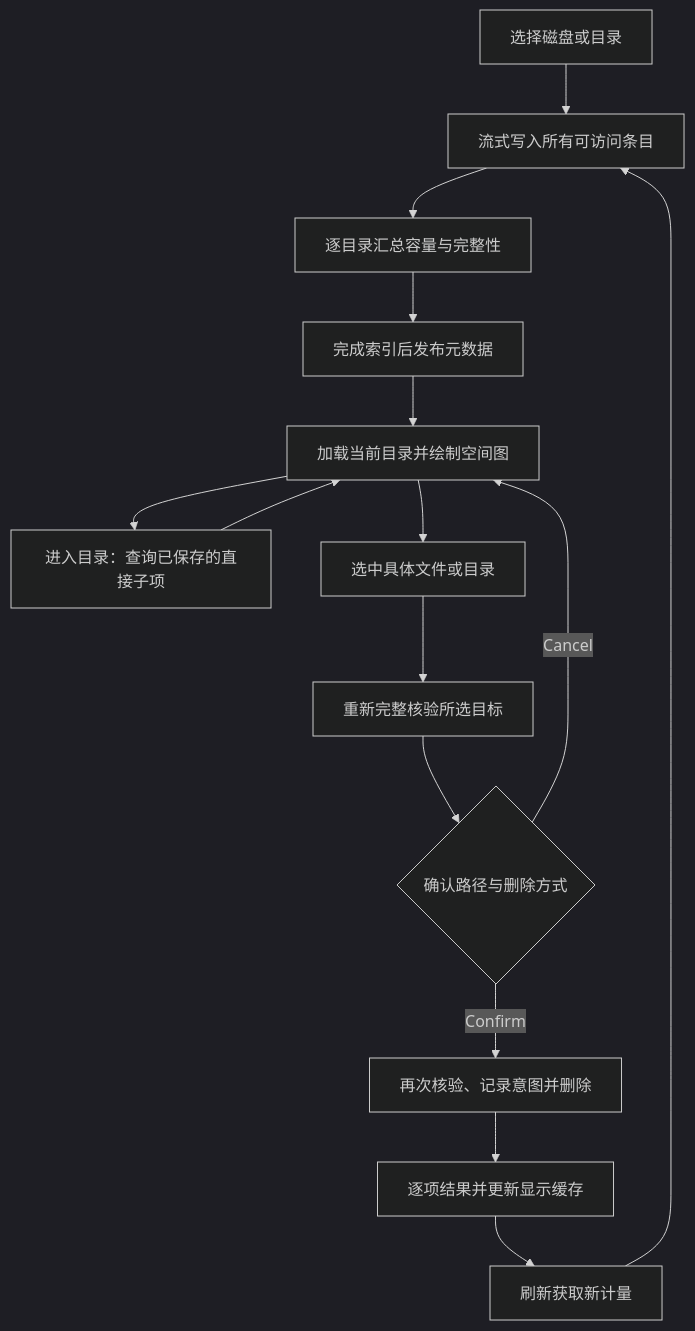
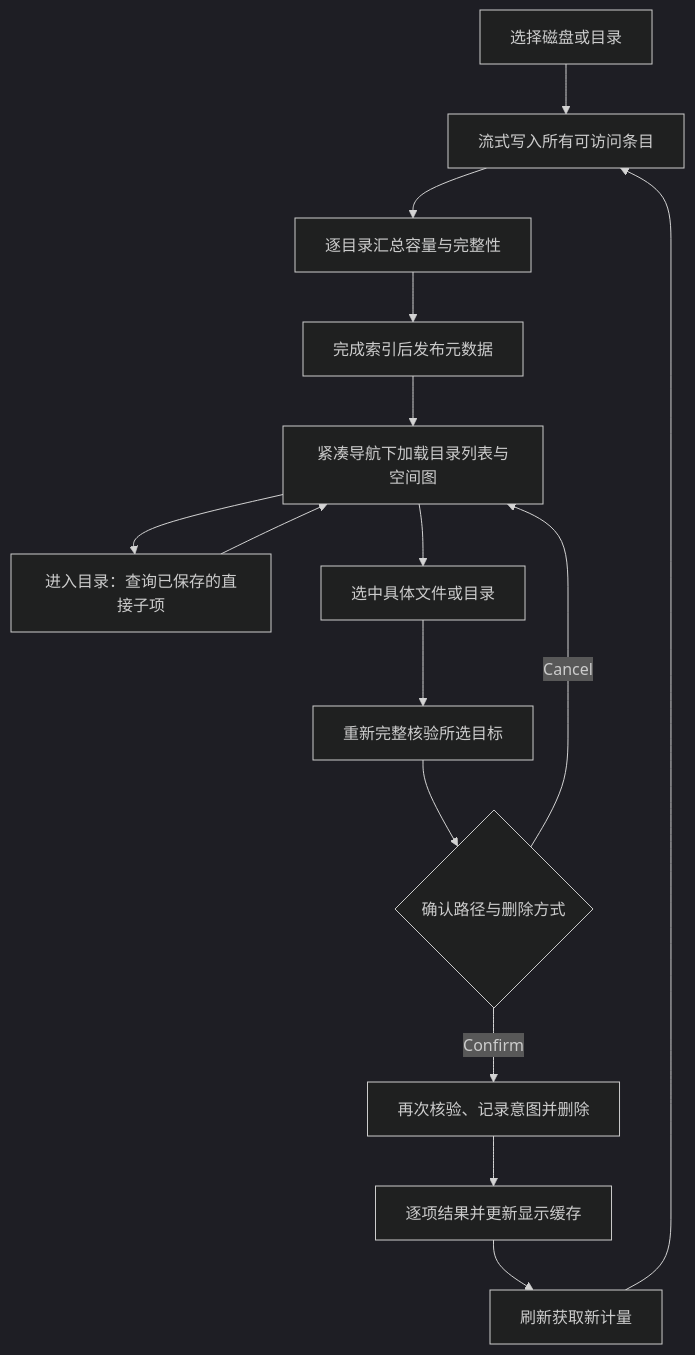
The second of 5 diagrams in docs/zh-CN/product/space-analysis.md (limecloud/shou), drawn with Mermaid (dark theme) before and after one commit. The commit also changed other lines of this file and 50 other files, not shown here.

````diff
--- a/docs/zh-CN/product/space-analysis.md
+++ b/docs/zh-CN/product/space-analysis.md
@@ -37,17 +38,17 @@
 ```mermaid
 flowchart TD
   A[选择磁盘或目录] --> B[流式写入所有可访问条目]
   B --> C[逐目录汇总容量与完整性]
   C --> D[完成索引后发布元数据]
-  D --> E[加载当前目录并绘制空间图]
+  D --> E[紧凑导航下加载目录列表与空间图]
   E --> F[进入目录：查询已保存的直接子项]
   F --> E
   E --> G[选中具体文件或目录]
   G --> H[重新完整核验所选目标]
   H --> I{确认路径与删除方式}
   I -->|Cancel| E
   I -->|Confirm| J[再次核验、记录意图并删除]
   J --> K[逐项结果并更新显示缓存]
   K --> L[刷新获取新计量]
   L --> B
 ```
````
